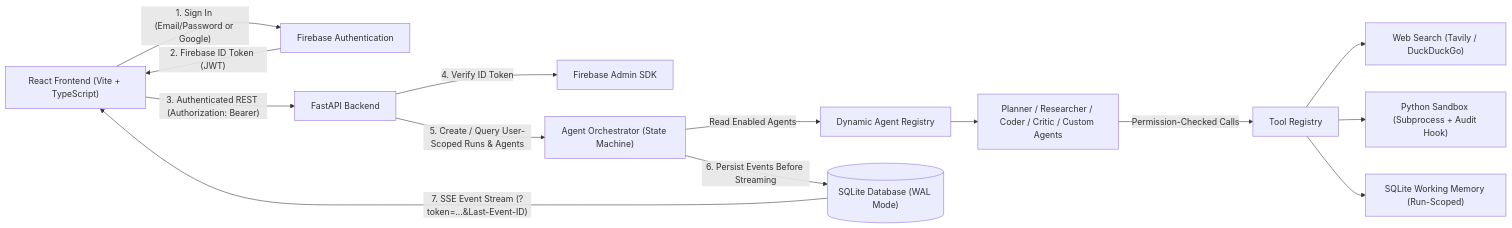
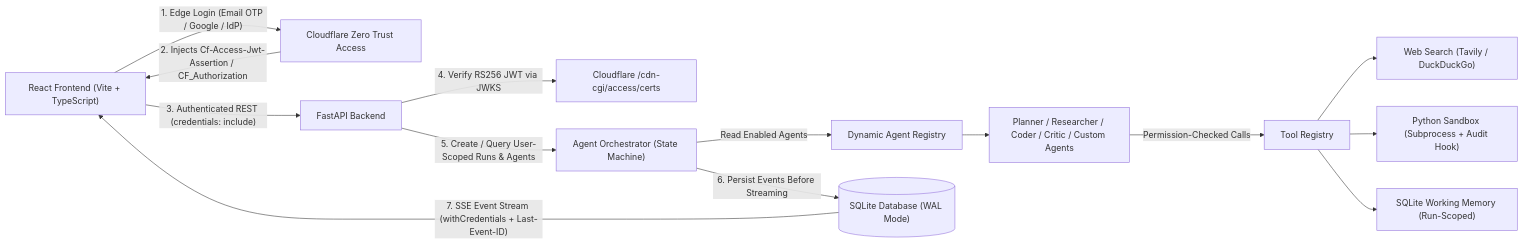
One commit to tarunmavuri/AgentLens changed the first of 2 diagrams in README.md. Above: the diagram before and after it, drawn with Mermaid. The commit also changed other lines of this file and 16 other files, not shown here.

Commit message:
feat(auth): replace Firebase Auth with Cloudflare Access

````diff
--- a/README.md
+++ b/README.md
@@ -115,16 +116,16 @@
 ```mermaid
 flowchart LR
-    U["React Frontend (Vite + TypeScript)"] -->|"1. Sign In (Email/Password or Google)"| FA["Firebase Authentication"]
-    FA -->|"2. Firebase ID Token (JWT)"| U
-    U -->|"3. Authenticated REST (Authorization: Bearer)"| API["FastAPI Backend"]
-    API -->|"4. Verify ID Token"| FAA["Firebase Admin SDK"]
+    U["React Frontend (Vite + TypeScript)"] -->|"1. Edge Login (Email OTP / Google / IdP)"| CF["Cloudflare Zero Trust Access"]
+    CF -->|"2. Injects Cf-Access-Jwt-Assertion / CF_Authorization"| U
+    U -->|"3. Authenticated REST (credentials: include)"| API["FastAPI Backend"]
+    API -->|"4. Verify RS256 JWT via JWKS"| JWKS["Cloudflare /cdn-cgi/access/certs"]
     API -->|"5. Create / Query User-Scoped Runs & Agents"| ORCH["Agent Orchestrator (State Machine)"]
     ORCH -->|"Read Enabled Agents"| REG["Dynamic Agent Registry"]
     REG --> AGENTS["Planner / Researcher / Coder / Critic / Custom Agents"]
     AGENTS -->|"Permission-Checked Calls"| TOOLS["Tool Registry"]
     TOOLS --> WS["Web Search (Tavily / DuckDuckGo)"]
     TOOLS --> SB["Python Sandbox (Subprocess + Audit Hook)"]
     TOOLS --> MEM["SQLite Working Memory (Run-Scoped)"]
     ORCH -->|"6. Persist Events Before Streaming"| DB[("SQLite Database (WAL Mode)")]
-    DB -->|"7. SSE Event Stream (?token=...&Last-Event-ID)"| U
+    DB -->|"7. SSE Event Stream (withCredentials + Last-Event-ID)"| U
 ```
````
